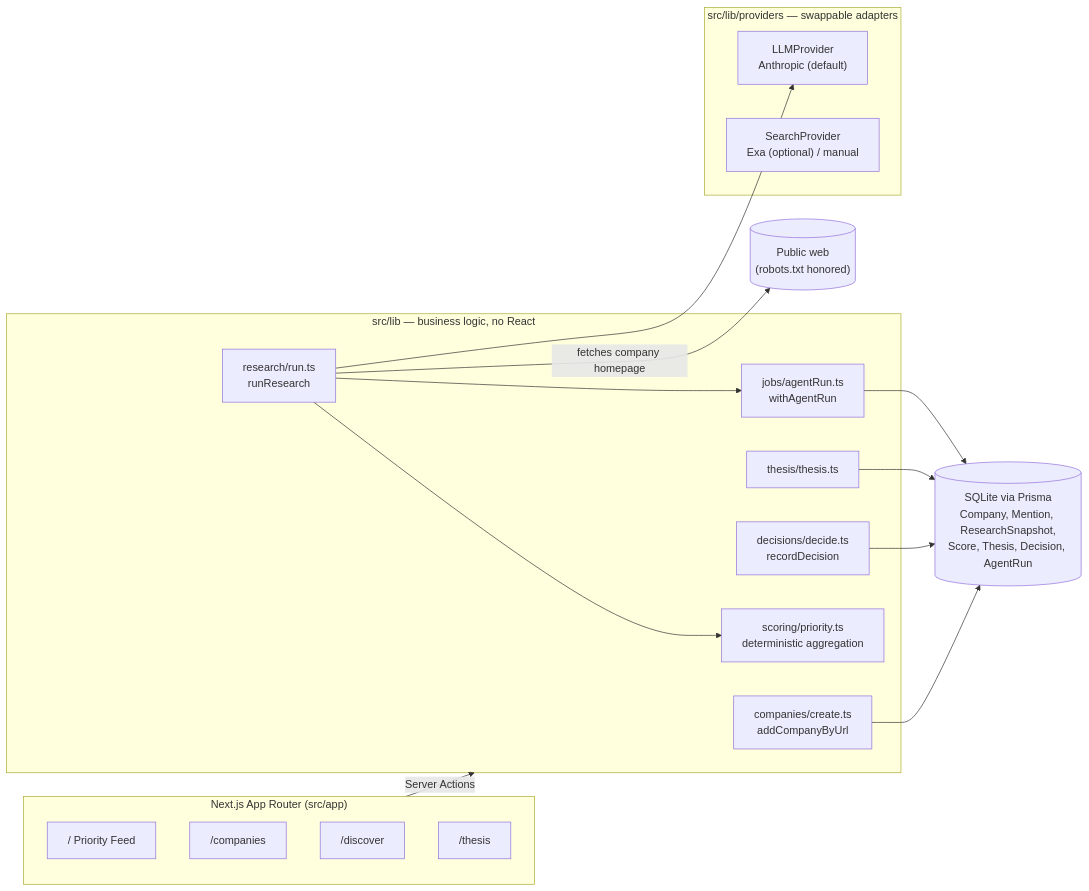
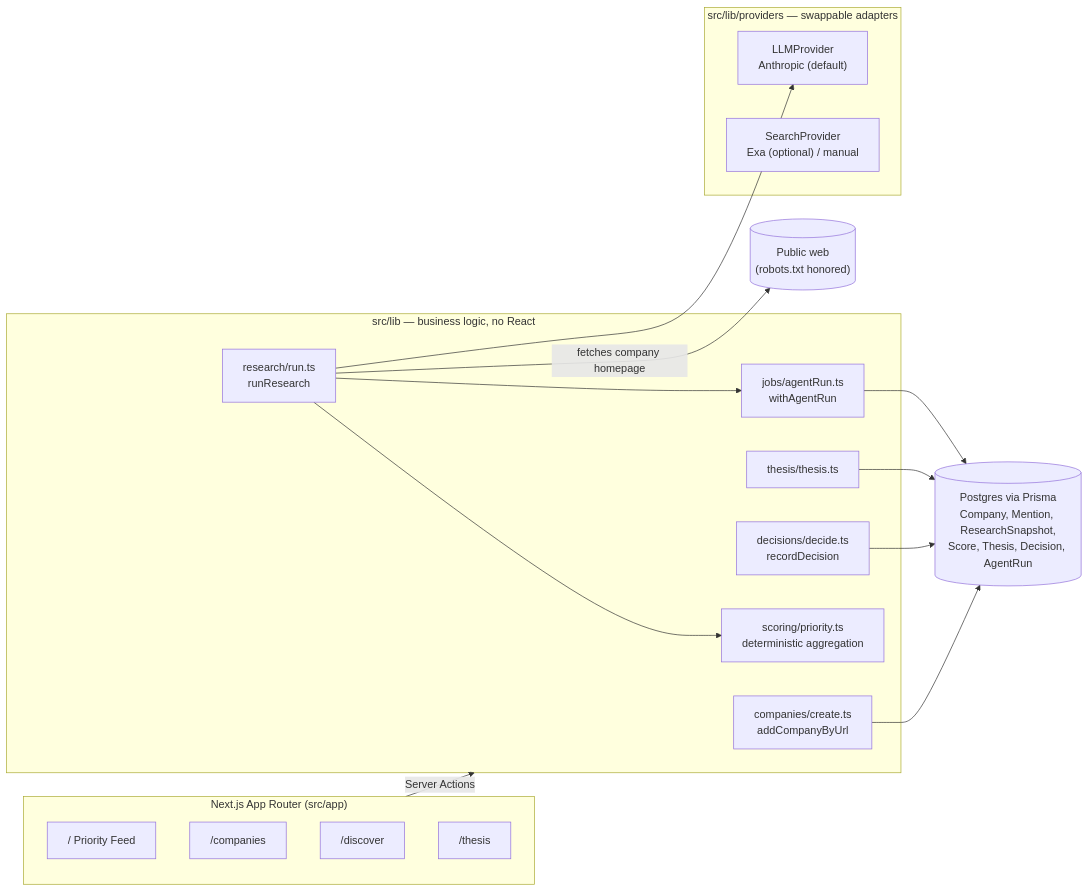
Before and after one commit to amyzhuang111/sourceos: the diagram in README.md, drawn with Mermaid. The commit also changed other lines of this file and 11 other files, not shown here.

First line of the commit message:
Migrate datasource from SQLite to Postgres for Vercel deployment

````diff
--- a/README.md
+++ b/README.md
@@ -18,34 +18,34 @@
 ```mermaid
 flowchart LR
     subgraph UI["Next.js App Router (src/app)"]
         Feed["/  Priority Feed"]
         Companies["/companies"]
         Discover["/discover"]
         Thesis["/thesis"]
     end
 
     subgraph Lib["src/lib — business logic, no React"]
         Create["companies/create.ts\naddCompanyByUrl"]
         Research["research/run.ts\nrunResearch"]
         Decide["decisions/decide.ts\nrecordDecision"]
         ThesisLib["thesis/thesis.ts"]
         Scoring["scoring/priority.ts\ndeterministic aggregation"]
         AgentRunLib["jobs/agentRun.ts\nwithAgentRun"]
     end
 
     subgraph Providers["src/lib/providers — swappable adapters"]
         LLM["LLMProvider\nAnthropic (default)"]
         Search["SearchProvider\nExa (optional) / manual"]
     end
 
-    DB[("SQLite via Prisma\nCompany, Mention, ResearchSnapshot,\nScore, Thesis, Decision, AgentRun")]
+    DB[("Postgres via Prisma\nCompany, Mention, ResearchSnapshot,\nScore, Thesis, Decision, AgentRun")]
 
     UI -->|"Server Actions"| Lib
     Create --> DB
     Decide --> DB
     ThesisLib --> DB
     Research --> AgentRunLib --> DB
     Research --> LLM
     Research --> Scoring
     Research -->|"fetches company homepage"| Web[("Public web\n(robots.txt honored)")]
 ```
````
